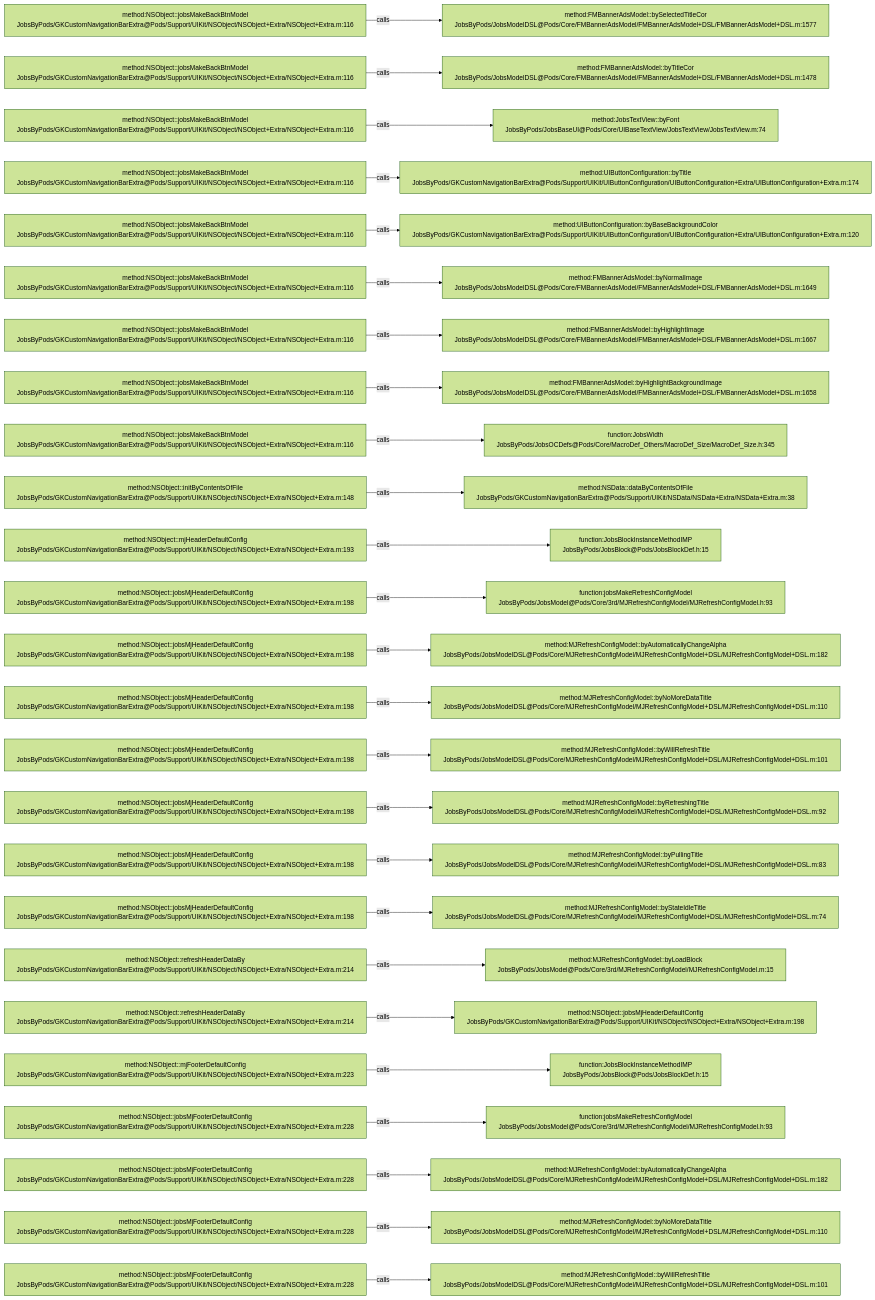
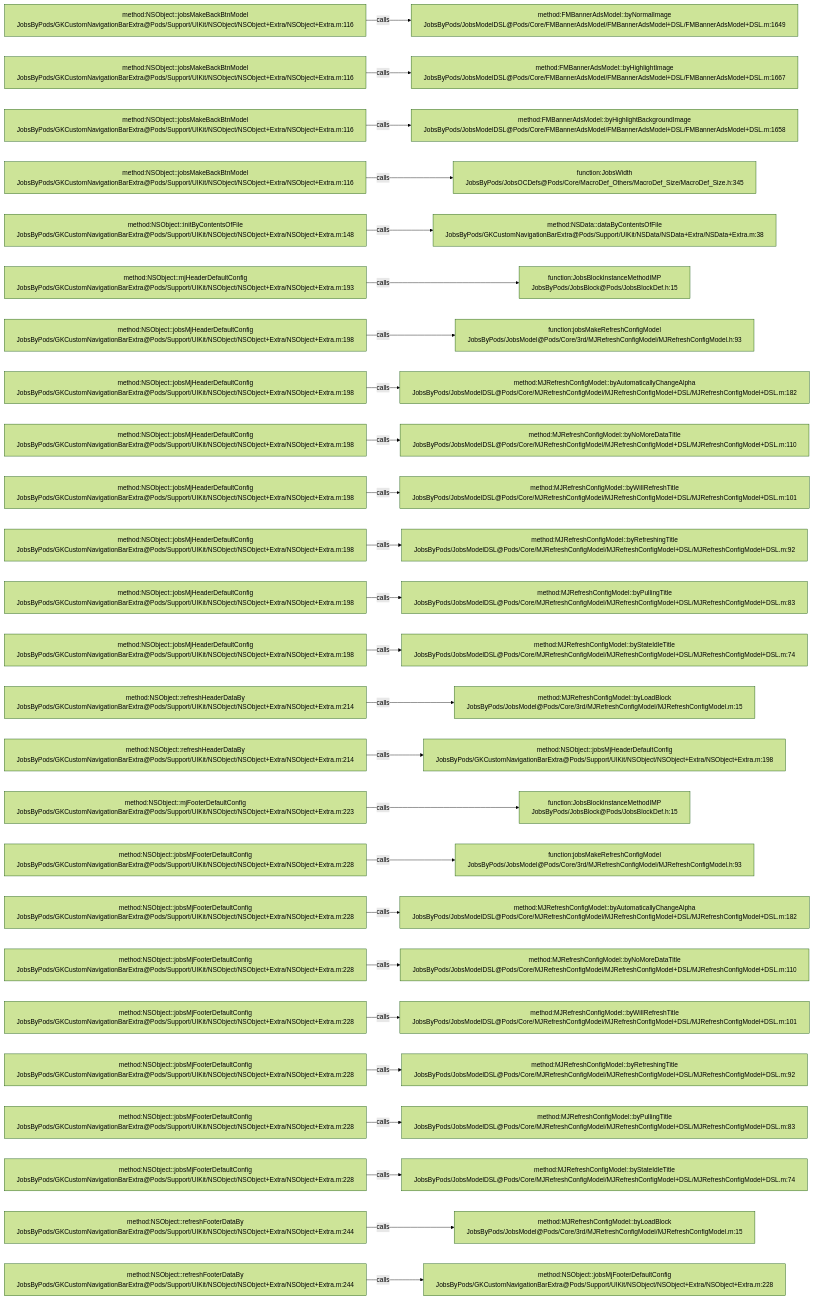
One commit to JobsKits/JobsOCBaseConfigDemo changed the diagram in .codegraph/codegraph.md/graphs/calls-013.md. Above: the diagram before and after it, drawn with Mermaid (forest theme). The commit also changed 223 other files, not shown here.

````diff
--- a/.codegraph/codegraph.md/graphs/calls-013.md
+++ b/.codegraph/codegraph.md/graphs/calls-013.md
@@ -13,78 +13,78 @@
 ```mermaid
 flowchart LR
   S1["method:NSObject::jobsMakeBackBtnModel<br/>JobsByPods/GKCustomNavigationBarExtra@Pods/Support/UIKit/NSObject/NSObject+Extra/NSObject+Extra.m:116"]
-  T1["method:FMBannerAdsModel::bySelectedTitleCor<br/>JobsByPods/JobsModelDSL@Pods/Core/FMBannerAdsModel/FMBannerAdsModel+DSL/FMBannerAdsModel+DSL.m:1577"]
+  T1["method:FMBannerAdsModel::byNormalImage<br/>JobsByPods/JobsModelDSL@Pods/Core/FMBannerAdsModel/FMBannerAdsModel+DSL/FMBannerAdsModel+DSL.m:1649"]
   S1 -->|calls| T1
   S2["method:NSObject::jobsMakeBackBtnModel<br/>JobsByPods/GKCustomNavigationBarExtra@Pods/Support/UIKit/NSObject/NSObject+Extra/NSObject+Extra.m:116"]
-  T2["method:FMBannerAdsModel::byTitleCor<br/>JobsByPods/JobsModelDSL@Pods/Core/FMBannerAdsModel/FMBannerAdsModel+DSL/FMBannerAdsModel+DSL.m:1478"]
+  T2["method:FMBannerAdsModel::byHighlightImage<br/>JobsByPods/JobsModelDSL@Pods/Core/FMBannerAdsModel/FMBannerAdsModel+DSL/FMBannerAdsModel+DSL.m:1667"]
   S2 -->|calls| T2
   S3["method:NSObject::jobsMakeBackBtnModel<br/>JobsByPods/GKCustomNavigationBarExtra@Pods/Support/UIKit/NSObject/NSObject+Extra/NSObject+Extra.m:116"]
-  T3["method:JobsTextView::byFont<br/>JobsByPods/JobsBaseUI@Pods/Core/UIBaseTextView/JobsTextView/JobsTextView.m:74"]
+  T3["method:FMBannerAdsModel::byHighlightBackgroundImage<br/>JobsByPods/JobsModelDSL@Pods/Core/FMBannerAdsModel/FMBannerAdsModel+DSL/FMBannerAdsModel+DSL.m:1658"]
   S3 -->|calls| T3
   S4["method:NSObject::jobsMakeBackBtnModel<br/>JobsByPods/GKCustomNavigationBarExtra@Pods/Support/UIKit/NSObject/NSObject+Extra/NSObject+Extra.m:116"]
-  T4["method:UIButtonConfiguration::byTitle<br/>JobsByPods/GKCustomNavigationBarExtra@Pods/Support/UIKit/UIButtonConfiguration/UIButtonConfiguration+Extra/UIButtonConfiguration+Extra.m:174"]
+  T4["function:JobsWidth<br/>JobsByPods/JobsOCDefs@Pods/Core/MacroDef_Others/MacroDef_Size/MacroDef_Size.h:345"]
   S4 -->|calls| T4
-  S5["method:NSObject::jobsMakeBackBtnModel<br/>JobsByPods/GKCustomNavigationBarExtra@Pods/Support/UIKit/NSObject/NSObject+Extra/NSObject+Extra.m:116"]
-  T5["method:UIButtonConfiguration::byBaseBackgroundColor<br/>JobsByPods/GKCustomNavigationBarExtra@Pods/Support/UIKit/UIButtonConfiguration/UIButtonConfiguration+Extra/UIButtonConfiguration+Extra.m:120"]
+  S5["method:NSObject::initByContentsOfFile<br/>JobsByPods/GKCustomNavigationBarExtra@Pods/Support/UIKit/NSObject/NSObject+Extra/NSObject+Extra.m:148"]
+  T5["method:NSData::dataByContentsOfFile<br/>JobsByPods/GKCustomNavigationBarExtra@Pods/Support/UIKit/NSData/NSData+Extra/NSData+Extra.m:38"]
   S5 -->|calls| T5
-  S6["method:NSObject::jobsMakeBackBtnModel<br/>JobsByPods/GKCustomNavigationBarExtra@Pods/Support/UIKit/NSObject/NSObject+Extra/NSObject+Extra.m:116"]
-  T6["method:FMBannerAdsModel::byNormalImage<br/>JobsByPods/JobsModelDSL@Pods/Core/FMBannerAdsModel/FMBannerAdsModel+DSL/FMBannerAdsModel+DSL.m:1649"]
+  S6["method:NSObject::mjHeaderDefaultConfig<br/>JobsByPods/GKCustomNavigationBarExtra@Pods/Support/UIKit/NSObject/NSObject+Extra/NSObject+Extra.m:193"]
+  T6["function:JobsBlockInstanceMethodIMP<br/>JobsByPods/JobsBlock@Pods/JobsBlockDef.h:15"]
   S6 -->|calls| T6
-  S7["method:NSObject::jobsMakeBackBtnModel<br/>JobsByPods/GKCustomNavigationBarExtra@Pods/Support/UIKit/NSObject/NSObject+Extra/NSObject+Extra.m:116"]
-  T7["method:FMBannerAdsModel::byHighlightImage<br/>JobsByPods/JobsModelDSL@Pods/Core/FMBannerAdsModel/FMBannerAdsModel+DSL/FMBannerAdsModel+DSL.m:1667"]
+  S7["method:NSObject::jobsMjHeaderDefaultConfig<br/>JobsByPods/GKCustomNavigationBarExtra@Pods/Support/UIKit/NSObject/NSObject+Extra/NSObject+Extra.m:198"]
+  T7["function:jobsMakeRefreshConfigModel<br/>JobsByPods/JobsModel@Pods/Core/3rd/MJRefreshConfigModel/MJRefreshConfigModel.h:93"]
   S7 -->|calls| T7
-  S8["method:NSObject::jobsMakeBackBtnModel<br/>JobsByPods/GKCustomNavigationBarExtra@Pods/Support/UIKit/NSObject/NSObject+Extra/NSObject+Extra.m:116"]
-  T8["method:FMBannerAdsModel::byHighlightBackgroundImage<br/>JobsByPods/JobsModelDSL@Pods/Core/FMBannerAdsModel/FMBannerAdsModel+DSL/FMBannerAdsModel+DSL.m:1658"]
+  S8["method:NSObject::jobsMjHeaderDefaultConfig<br/>JobsByPods/GKCustomNavigationBarExtra@Pods/Support/UIKit/NSObject/NSObject+Extra/NSObject+Extra.m:198"]
+  T8["method:MJRefreshConfigModel::byAutomaticallyChangeAlpha<br/>JobsByPods/JobsModelDSL@Pods/Core/MJRefreshConfigModel/MJRefreshConfigModel+DSL/MJRefreshConfigModel+DSL.m:182"]
   S8 -->|calls| T8
-  S9["method:NSObject::jobsMakeBackBtnModel<br/>JobsByPods/GKCustomNavigationBarExtra@Pods/Support/UIKit/NSObject/NSObject+Extra/NSObject+Extra.m:116"]
-  T9["function:JobsWidth<br/>JobsByPods/JobsOCDefs@Pods/Core/MacroDef_Others/MacroDef_Size/MacroDef_Size.h:345"]
+  S9["method:NSObject::jobsMjHeaderDefaultConfig<br/>JobsByPods/GKCustomNavigationBarExtra@Pods/Support/UIKit/NSObject/NSObject+Extra/NSObject+Extra.m:198"]
+  T9["method:MJRefreshConfigModel::byNoMoreDataTitle<br/>JobsByPods/JobsModelDSL@Pods/Core/MJRefreshConfigModel/MJRefreshConfigModel+DSL/MJRefreshConfigModel+DSL.m:110"]
   S9 -->|calls| T9
-  S10["method:NSObject::initByContentsOfFile<br/>JobsByPods/GKCustomNavigationBarExtra@Pods/Support/UIKit/NSObject/NSObject+Extra/NSObject+Extra.m:148"]
-  T10["method:NSData::dataByContentsOfFile<br/>JobsByPods/GKCustomNavigationBarExtra@Pods/Support/UIKit/NSData/NSData+Extra/NSData+Extra.m:38"]
+  S10["method:NSObject::jobsMjHeaderDefaultConfig<br/>JobsByPods/GKCustomNavigationBarExtra@Pods/Support/UIKit/NSObject/NSObject+Extra/NSObject+Extra.m:198"]
+  T10["method:MJRefreshConfigModel::byWillRefreshTitle<br/>JobsByPods/JobsModelDSL@Pods/Core/MJRefreshConfigModel/MJRefreshConfigModel+DSL/MJRefreshConfigModel+DSL.m:101"]
   S10 -->|calls| T10
-  S11["method:NSObject::mjHeaderDefaultConfig<br/>JobsByPods/GKCustomNavigationBarExtra@Pods/Support/UIKit/NSObject/NSObject+Extra/NSObject+Extra.m:193"]
-  T11["function:JobsBlockInstanceMethodIMP<br/>JobsByPods/JobsBlock@Pods/JobsBlockDef.h:15"]
+  S11["method:NSObject::jobsMjHeaderDefaultConfig<br/>JobsByPods/GKCustomNavigationBarExtra@Pods/Support/UIKit/NSObject/NSObject+Extra/NSObject+Extra.m:198"]
+  T11["method:MJRefreshConfigModel::byRefreshingTitle<br/>JobsByPods/JobsModelDSL@Pods/Core/MJRefreshConfigModel/MJRefreshConfigModel+DSL/MJRefreshConfigModel+DSL.m:92"]
   S11 -->|calls| T11
   S12["method:NSObject::jobsMjHeaderDefaultConfig<br/>JobsByPods/GKCustomNavigationBarExtra@Pods/Support/UIKit/NSObject/NSObject+Extra/NSObject+Extra.m:198"]
-  T12["function:jobsMakeRefreshConfigModel<br/>JobsByPods/JobsModel@Pods/Core/3rd/MJRefreshConfigModel/MJRefreshConfigModel.h:93"]
+  T12["method:MJRefreshConfigModel::byPullingTitle<br/>JobsByPods/JobsModelDSL@Pods/Core/MJRefreshConfigModel/MJRefreshConfigModel+DSL/MJRefreshConfigModel+DSL.m:83"]
   S12 -->|calls| T12
   S13["method:NSObject::jobsMjHeaderDefaultConfig<br/>JobsByPods/GKCustomNavigationBarExtra@Pods/Support/UIKit/NSObject/NSObject+Extra/NSObject+Extra.m:198"]
-  T13["method:MJRefreshConfigModel::byAutomaticallyChangeAlpha<br/>JobsByPods/JobsModelDSL@Pods/Core/MJRefreshConfigModel/MJRefreshConfigModel+DSL/MJRefreshConfigModel+DSL.m:182"]
+  T13["method:MJRefreshConfigModel::byStateIdleTitle<br/>JobsByPods/JobsModelDSL@Pods/Core/MJRefreshConfigModel/MJRefreshConfigModel+DSL/MJRefreshConfigModel+DSL.m:74"]
   S13 -->|calls| T13
-  S14["method:NSObject::jobsMjHeaderDefaultConfig<br/>JobsByPods/GKCustomNavigationBarExtra@Pods/Support/UIKit/NSObject/NSObject+Extra/NSObject+Extra.m:198"]
-  T14["method:MJRefreshConfigModel::byNoMoreDataTitle<br/>JobsByPods/JobsModelDSL@Pods/Core/MJRefreshConfigModel/MJRefreshConfigModel+DSL/MJRefreshConfigModel+DSL.m:110"]
+  S14["method:NSObject::refreshHeaderDataBy<br/>JobsByPods/GKCustomNavigationBarExtra@Pods/Support/UIKit/NSObject/NSObject+Extra/NSObject+Extra.m:214"]
+  T14["method:MJRefreshConfigModel::byLoadBlock<br/>JobsByPods/JobsModel@Pods/Core/3rd/MJRefreshConfigModel/MJRefreshConfigModel.m:15"]
   S14 -->|calls| T14
-  S15["method:NSObject::jobsMjHeaderDefaultConfig<br/>JobsByPods/GKCustomNavigationBarExtra@Pods/Support/UIKit/NSObject/NSObject+Extra/NSObject+Extra.m:198"]
-  T15["method:MJRefreshConfigModel::byWillRefreshTitle<br/>JobsByPods/JobsModelDSL@Pods/Core/MJRefreshConfigModel/MJRefreshConfigModel+DSL/MJRefreshConfigModel+DSL.m:101"]
+  S15["method:NSObject::refreshHeaderDataBy<br/>JobsByPods/GKCustomNavigationBarExtra@Pods/Support/UIKit/NSObject/NSObject+Extra/NSObject+Extra.m:214"]
+  T15["method:NSObject::jobsMjHeaderDefaultConfig<br/>JobsByPods/GKCustomNavigationBarExtra@Pods/Support/UIKit/NSObject/NSObject+Extra/NSObject+Extra.m:198"]
   S15 -->|calls| T15
-  S16["method:NSObject::jobsMjHeaderDefaultConfig<br/>JobsByPods/GKCustomNavigationBarExtra@Pods/Support/UIKit/NSObject/NSObject+Extra/NSObject+Extra.m:198"]
-  T16["method:MJRefreshConfigModel::byRefreshingTitle<br/>JobsByPods/JobsModelDSL@Pods/Core/MJRefreshConfigModel/MJRefreshConfigModel+DSL/MJRefreshConfigModel+DSL.m:92"]
+  S16["method:NSObject::mjFooterDefaultConfig<br/>JobsByPods/GKCustomNavigationBarExtra@Pods/Support/UIKit/NSObject/NSObject+Extra/NSObject+Extra.m:223"]
+  T16["function:JobsBlockInstanceMethodIMP<br/>JobsByPods/JobsBlock@Pods/JobsBlockDef.h:15"]
   S16 -->|calls| T16
-  S17["method:NSObject::jobsMjHeaderDefaultConfig<br/>JobsByPods/GKCustomNavigationBarExtra@Pods/Support/UIKit/NSObject/NSObject+Extra/NSObject+Extra.m:198"]
-  T17["method:MJRefreshConfigModel::byPullingTitle<br/>JobsByPods/JobsModelDSL@Pods/Core/MJRefreshConfigModel/MJRefreshConfigModel+DSL/MJRefreshConfigModel+DSL.m:83"]
+  S17["method:NSObject::jobsMjFooterDefaultConfig<br/>JobsByPods/GKCustomNavigationBarExtra@Pods/Support/UIKit/NSObject/NSObject+Extra/NSObject+Extra.m:228"]
+  T17["function:jobsMakeRefreshConfigModel<br/>JobsByPods/JobsModel@Pods/Core/3rd/MJRefreshConfigModel/MJRefreshConfigModel.h:93"]
   S17 -->|calls| T17
-  S18["method:NSObject::jobsMjHeaderDefaultConfig<br/>JobsByPods/GKCustomNavigationBarExtra@Pods/Support/UIKit/NSObject/NSObject+Extra/NSObject+Extra.m:198"]
-  T18["method:MJRefreshConfigModel::byStateIdleTitle<br/>JobsByPods/JobsModelDSL@Pods/Core/MJRefreshConfigModel/MJRefreshConfigModel+DSL/MJRefreshConfigModel+DSL.m:74"]
+  S18["method:NSObject::jobsMjFooterDefaultConfig<br/>JobsByPods/GKCustomNavigationBarExtra@Pods/Support/UIKit/NSObject/NSObject+Extra/NSObject+Extra.m:228"]
+  T18["method:MJRefreshConfigModel::byAutomaticallyChangeAlpha<br/>JobsByPods/JobsModelDSL@Pods/Core/MJRefreshConfigModel/MJRefreshConfigModel+DSL/MJRefreshConfigModel+DSL.m:182"]
   S18 -->|calls| T18
-  S19["method:NSObject::refreshHeaderDataBy<br/>JobsByPods/GKCustomNavigationBarExtra@Pods/Support/UIKit/NSObject/NSObject+Extra/NSObject+Extra.m:214"]
-  T19["method:MJRefreshConfigModel::byLoadBlock<br/>JobsByPods/JobsModel@Pods/Core/3rd/MJRefreshConfigModel/MJRefreshConfigModel.m:15"]
+  S19["method:NSObject::jobsMjFooterDefaultConfig<br/>JobsByPods/GKCustomNavigationBarExtra@Pods/Support/UIKit/NSObject/NSObject+Extra/NSObject+Extra.m:228"]
+  T19["method:MJRefreshConfigModel::byNoMoreDataTitle<br/>JobsByPods/JobsModelDSL@Pods/Core/MJRefreshConfigModel/MJRefreshConfigModel+DSL/MJRefreshConfigModel+DSL.m:110"]
   S19 -->|calls| T19
-  S20["method:NSObject::refreshHeaderDataBy<br/>JobsByPods/GKCustomNavigationBarExtra@Pods/Support/UIKit/NSObject/NSObject+Extra/NSObject+Extra.m:214"]
-  T20["method:NSObject::jobsMjHeaderDefaultConfig<br/>JobsByPods/GKCustomNavigationBarExtra@Pods/Support/UIKit/NSObject/NSObject+Extra/NSObject+Extra.m:198"]
+  S20["method:NSObject::jobsMjFooterDefaultConfig<br/>JobsByPods/GKCustomNavigationBarExtra@Pods/Support/UIKit/NSObject/NSObject+Extra/NSObject+Extra.m:228"]
+  T20["method:MJRefreshConfigModel::byWillRefreshTitle<br/>JobsByPods/JobsModelDSL@Pods/Core/MJRefreshConfigModel/MJRefreshConfigModel+DSL/MJRefreshConfigModel+DSL.m:101"]
   S20 -->|calls| T20
-  S21["method:NSObject::mjFooterDefaultConfig<br/>JobsByPods/GKCustomNavigationBarExtra@Pods/Support/UIKit/NSObject/NSObject+Extra/NSObject+Extra.m:223"]
-  T21["function:JobsBlockInstanceMethodIMP<br/>JobsByPods/JobsBlock@Pods/JobsBlockDef.h:15"]
+  S21["method:NSObject::jobsMjFooterDefaultConfig<br/>JobsByPods/GKCustomNavigationBarExtra@Pods/Support/UIKit/NSObject/NSObject+Extra/NSObject+Extra.m:228"]
+  T21["method:MJRefreshConfigModel::byRefreshingTitle<br/>JobsByPods/JobsModelDSL@Pods/Core/MJRefreshConfigModel/MJRefreshConfigModel+DSL/MJRefreshConfigModel+DSL.m:92"]
   S21 -->|calls| T21
   S22["method:NSObject::jobsMjFooterDefaultConfig<br/>JobsByPods/GKCustomNavigationBarExtra@Pods/Support/UIKit/NSObject/NSObject+Extra/NSObject+Extra.m:228"]
-  T22["function:jobsMakeRefreshConfigModel<br/>JobsByPods/JobsModel@Pods/Core/3rd/MJRefreshConfigModel/MJRefreshConfigModel.h:93"]
+  T22["method:MJRefreshConfigModel::byPullingTitle<br/>JobsByPods/JobsModelDSL@Pods/Core/MJRefreshConfigModel/MJRefreshConfigModel+DSL/MJRefreshConfigModel+DSL.m:83"]
   S22 -->|calls| T22
   S23["method:NSObject::jobsMjFooterDefaultConfig<br/>JobsByPods/GKCustomNavigationBarExtra@Pods/Support/UIKit/NSObject/NSObject+Extra/NSObject+Extra.m:228"]
-  T23["method:MJRefreshConfigModel::byAutomaticallyChangeAlpha<br/>JobsByPods/JobsModelDSL@Pods/Core/MJRefreshConfigModel/MJRefreshConfigModel+DSL/MJRefreshConfigModel+DSL.m:182"]
+  T23["method:MJRefreshConfigModel::byStateIdleTitle<br/>JobsByPods/JobsModelDSL@Pods/Core/MJRefreshConfigModel/MJRefreshConfigModel+DSL/MJRefreshConfigModel+DSL.m:74"]
   S23 -->|calls| T23
-  S24["method:NSObject::jobsMjFooterDefaultConfig<br/>JobsByPods/GKCustomNavigationBarExtra@Pods/Support/UIKit/NSObject/NSObject+Extra/NSObject+Extra.m:228"]
-  T24["method:MJRefreshConfigModel::byNoMoreDataTitle<br/>JobsByPods/JobsModelDSL@Pods/Core/MJRefreshConfigModel/MJRefreshConfigModel+DSL/MJRefreshConfigModel+DSL.m:110"]
+  S24["method:NSObject::refreshFooterDataBy<br/>JobsByPods/GKCustomNavigationBarExtra@Pods/Support/UIKit/NSObject/NSObject+Extra/NSObject+Extra.m:244"]
+  T24["method:MJRefreshConfigModel::byLoadBlock<br/>JobsByPods/JobsModel@Pods/Core/3rd/MJRefreshConfigModel/MJRefreshConfigModel.m:15"]
   S24 -->|calls| T24
-  S25["method:NSObject::jobsMjFooterDefaultConfig<br/>JobsByPods/GKCustomNavigationBarExtra@Pods/Support/UIKit/NSObject/NSObject+Extra/NSObject+Extra.m:228"]
-  T25["method:MJRefreshConfigModel::byWillRefreshTitle<br/>JobsByPods/JobsModelDSL@Pods/Core/MJRefreshConfigModel/MJRefreshConfigModel+DSL/MJRefreshConfigModel+DSL.m:101"]
+  S25["method:NSObject::refreshFooterDataBy<br/>JobsByPods/GKCustomNavigationBarExtra@Pods/Support/UIKit/NSObject/NSObject+Extra/NSObject+Extra.m:244"]
+  T25["method:NSObject::jobsMjFooterDefaultConfig<br/>JobsByPods/GKCustomNavigationBarExtra@Pods/Support/UIKit/NSObject/NSObject+Extra/NSObject+Extra.m:228"]
   S25 -->|calls| T25
 ```
````
